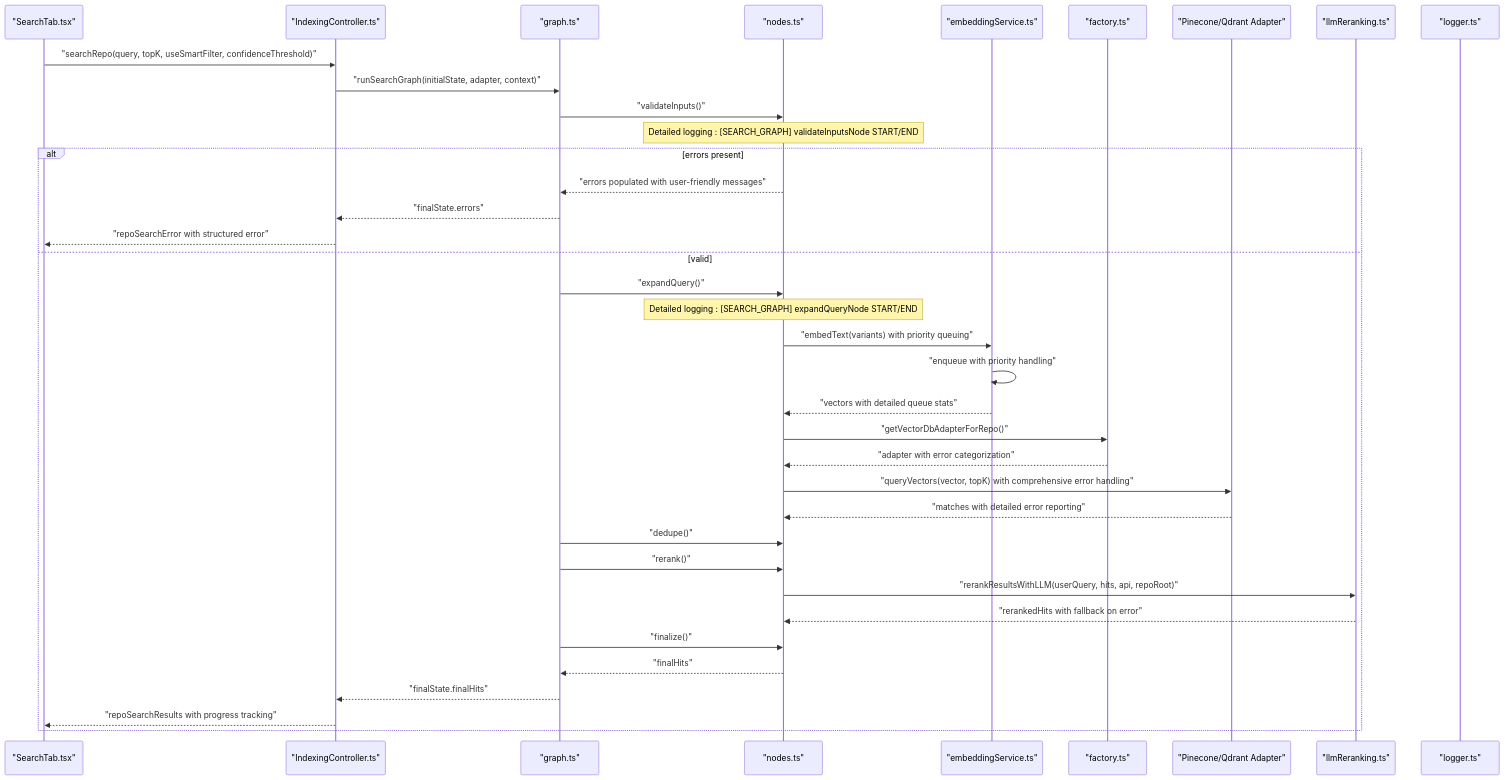
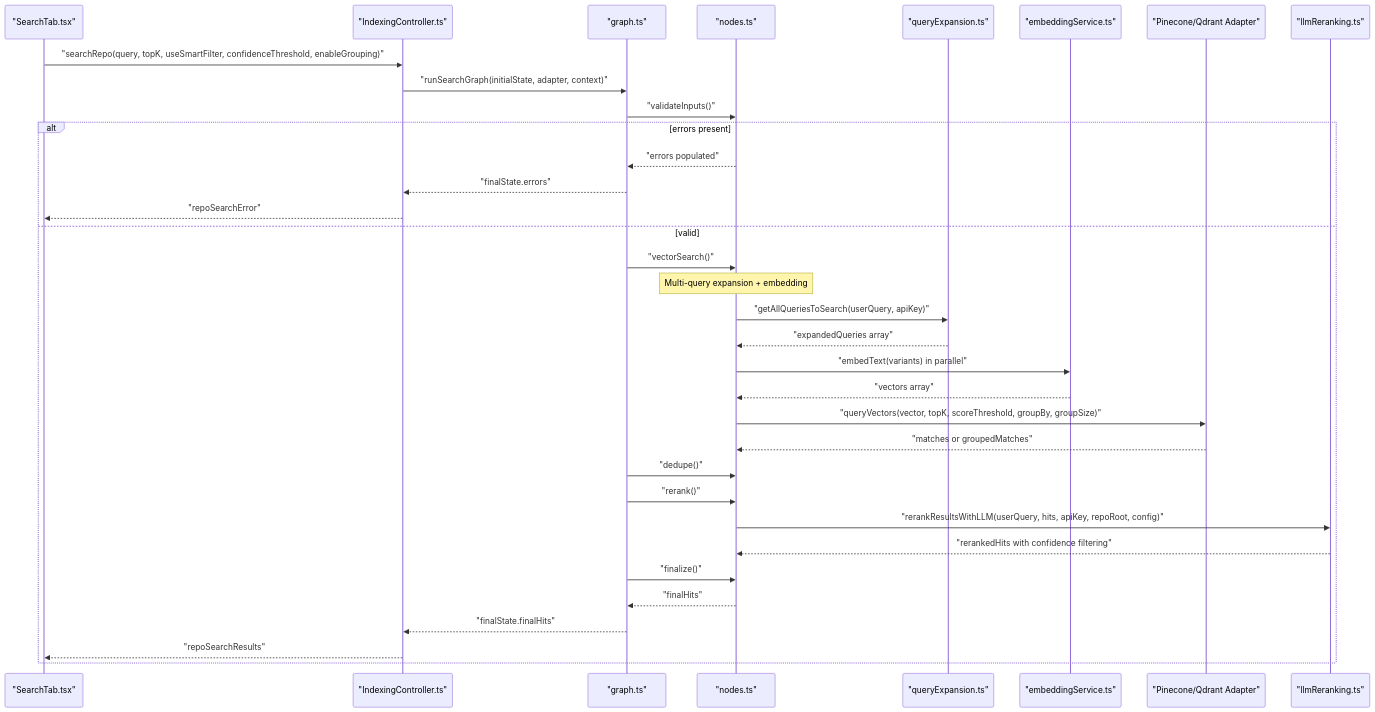
The second of 6 diagrams in .qoder/repowiki/en/content/Indexing and Search System/Semantic Search Algorithms.md (bramburn/repomix-runner), drawn with Mermaid before and after one commit. The commit also changed other lines of this file and 19 other files, not shown here.

First line of the commit message:
feat(indexing): expand text file detection and sync documentation

````diff
--- a/.qoder/repowiki/en/content/Indexing and Search System/Semantic Search Algorithms.md
+++ b/.qoder/repowiki/en/content/Indexing and Search System/Semantic Search Algorithms.md
@@ -143,39 +137,36 @@
 ```mermaid
 sequenceDiagram
 participant UI as "SearchTab.tsx"
 participant Ctrl as "IndexingController.ts"
 participant Graph as "graph.ts"
 participant Nodes as "nodes.ts"
+participant QE as "queryExpansion.ts"
 participant Emb as "embeddingService.ts"
-participant VDBF as "factory.ts"
 participant VDB as "Pinecone/Qdrant Adapter"
 participant LLM as "llmReranking.ts"
-participant Logger as "logger.ts"
-UI->>Ctrl : "searchRepo(query, topK, useSmartFilter, confidenceThreshold)"
+UI->>Ctrl : "searchRepo(query, topK, useSmartFilter, confidenceThreshold, enableGrouping)"
 Ctrl->>Graph : "runSearchGraph(initialState, adapter, context)"
 Graph->>Nodes : "validateInputs()"
-Note over Nodes : Detailed logging : [SEARCH_GRAPH] validateInputsNode START/END
 alt errors present
-Nodes-->>Graph : "errors populated with user-friendly messages"
+Nodes-->>Graph : "errors populated"
 Graph-->>Ctrl : "finalState.errors"
-Ctrl-->>UI : "repoSearchError with structured error"
+Ctrl-->>UI : "repoSearchError"
 else valid
-Graph->>Nodes : "expandQuery()"
-Note over Nodes : Detailed logging : [SEARCH_GRAPH] expandQueryNode START/END
-Nodes->>Emb : "embedText(variants) with priority queuing"
-Emb->>Emb : "enqueue with priority handling"
-Emb-->>Nodes : "vectors with detailed queue stats"
-Nodes->>VDBF : "getVectorDbAdapterForRepo()"
-VDBF-->>Nodes : "adapter with error categorization"
-Nodes->>VDB : "queryVectors(vector, topK) with comprehensive error handling"
-VDB-->>Nodes : "matches with detailed error reporting"
+Graph->>Nodes : "vectorSearch()"
+Note over Nodes : Multi-query expansion + embedding
+Nodes->>QE : "getAllQueriesToSearch(userQuery, apiKey)"
+QE-->>Nodes : "expandedQueries array"
+Nodes->>Emb : "embedText(variants) in parallel"
+Emb-->>Nodes : "vectors array"
+Nodes->>VDB : "queryVectors(vector, topK, scoreThreshold, groupBy, groupSize)"
+VDB-->>Nodes : "matches or groupedMatches"
 Graph->>Nodes : "dedupe()"
 Graph->>Nodes : "rerank()"
-Nodes->>LLM : "rerankResultsWithLLM(userQuery, hits, api, repoRoot)"
-LLM-->>Nodes : "rerankedHits with fallback on error"
+Nodes->>LLM : "rerankResultsWithLLM(userQuery, hits, apiKey, repoRoot, config)"
+LLM-->>Nodes : "rerankedHits with confidence filtering"
 Graph->>Nodes : "finalize()"
 Nodes-->>Graph : "finalHits"
 Graph-->>Ctrl : "finalState.finalHits"
-Ctrl-->>UI : "repoSearchResults with progress tracking"
+Ctrl-->>UI : "repoSearchResults"
 end
 ```
````
